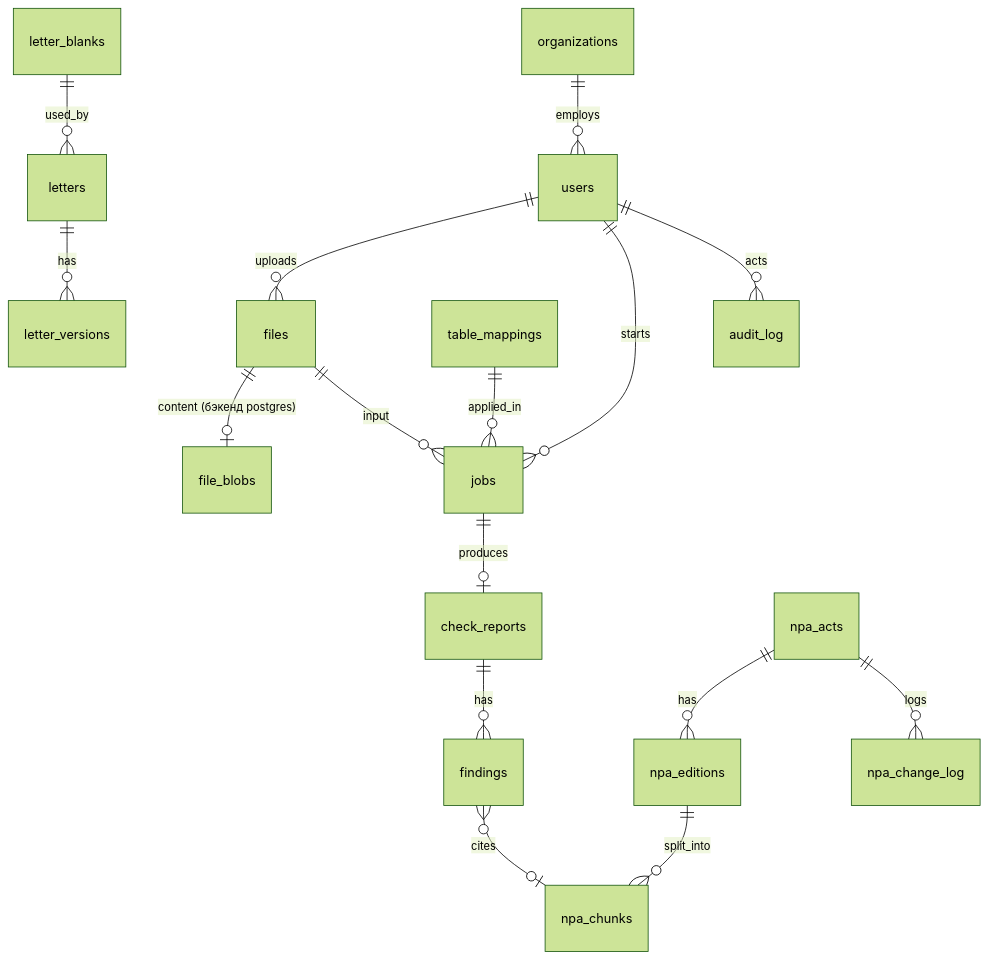
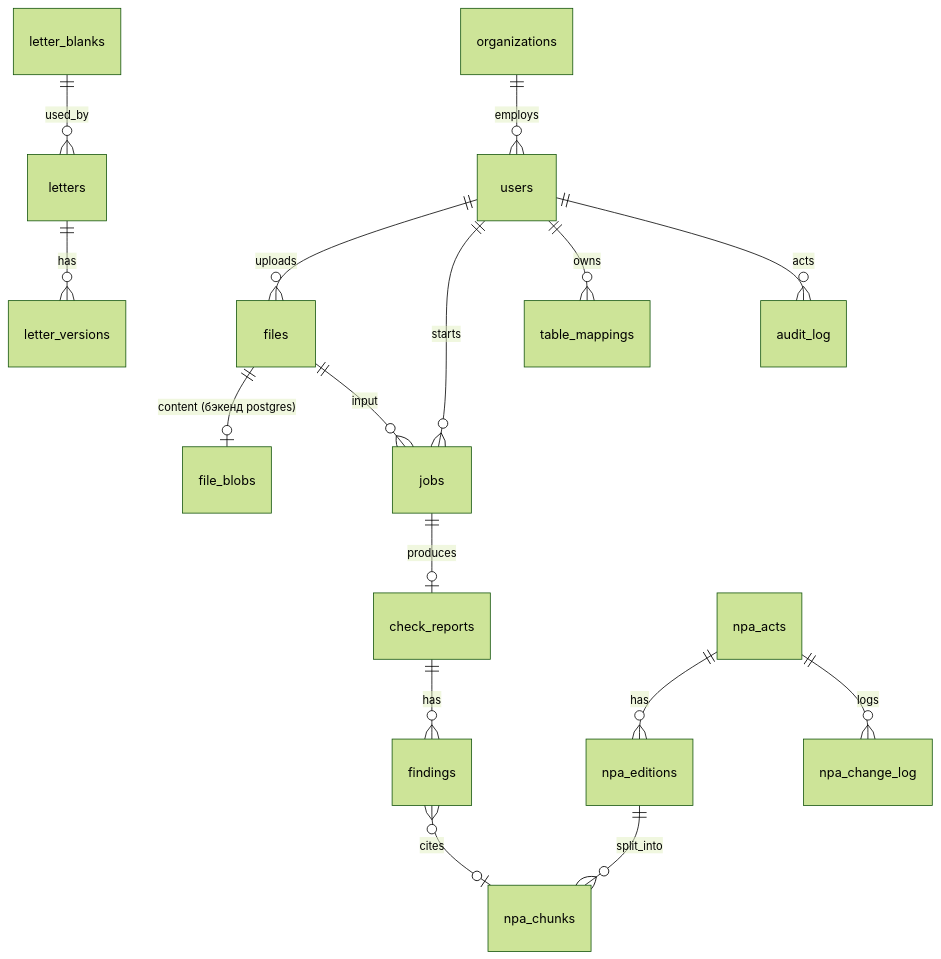
One commit to Fgeeha/gosdoc-assistant changed the fourth of 5 diagrams in docs/architecture.md. Above: the diagram before and after it, drawn with Mermaid (forest theme). The commit also changed other lines of this file and 3 other files, not shown here.

````diff
--- a/docs/architecture.md
+++ b/docs/architecture.md
@@ -211,18 +223,18 @@
 ```mermaid
 erDiagram
     organizations ||--o{ users : employs
     users ||--o{ files : uploads
     files ||--o| file_blobs : "content (бэкенд postgres)"
     users ||--o{ jobs : starts
     files ||--o{ jobs : input
     jobs ||--o| check_reports : produces
     check_reports ||--o{ findings : has
     findings }o--o| npa_chunks : cites
     npa_acts ||--o{ npa_editions : has
     npa_editions ||--o{ npa_chunks : split_into
     npa_acts ||--o{ npa_change_log : logs
     letter_blanks ||--o{ letters : used_by
     letters ||--o{ letter_versions : has
-    table_mappings ||--o{ jobs : applied_in
+    users ||--o{ table_mappings : owns
     users ||--o{ audit_log : acts
 ```
````
